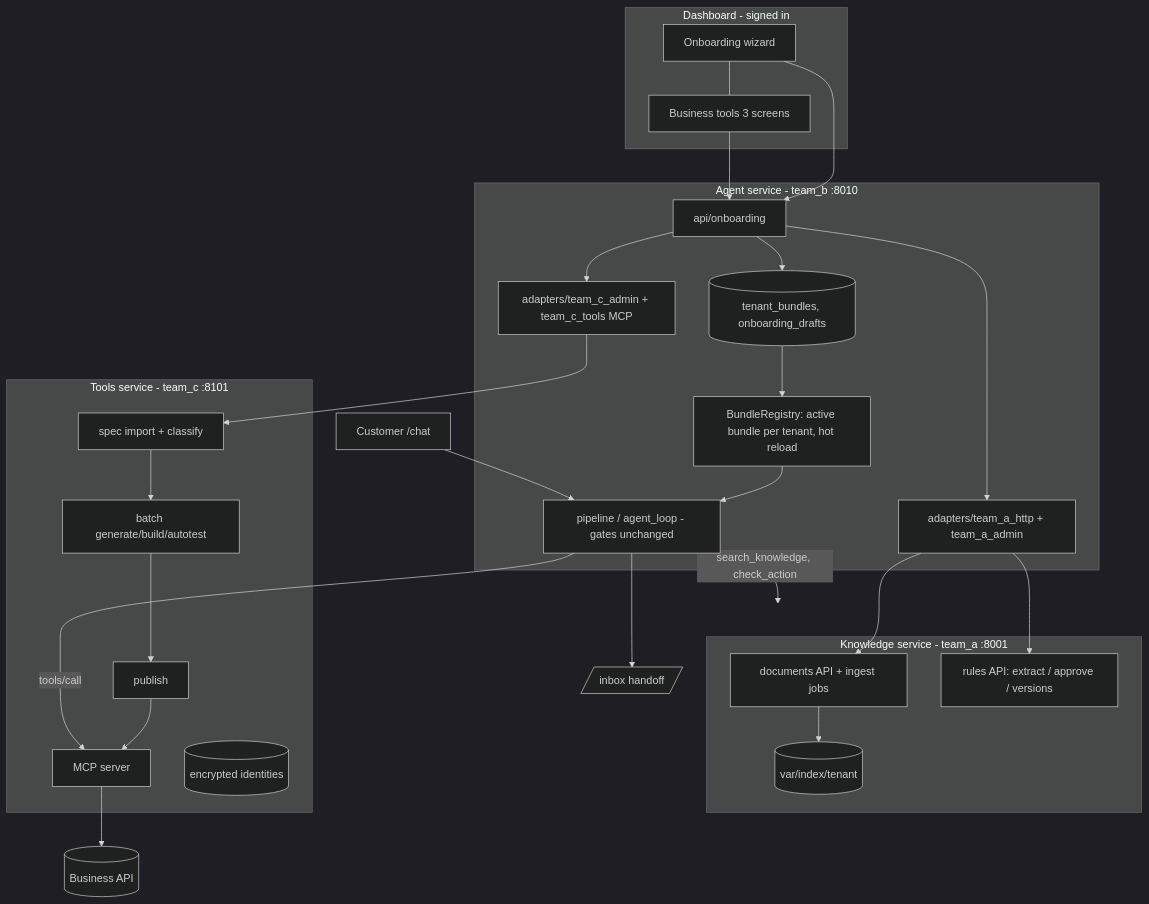
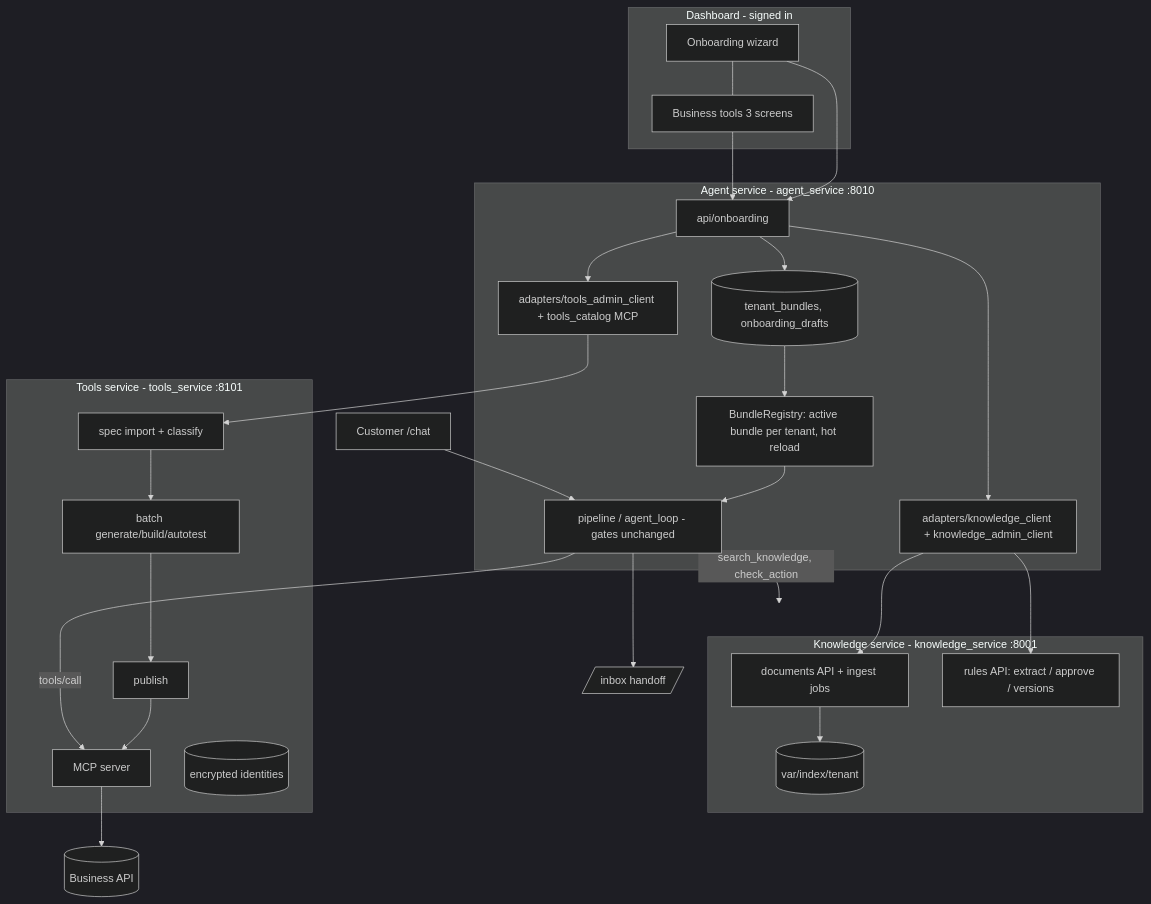
Before and after one commit to georgeemiL787/Ticket-Easy: the second of 3 diagrams in docs/plan/TICKET_EASY_MASTER_PLAN.md, drawn with Mermaid (dark theme). The commit also changed other lines of this file and 83 other files, not shown here.

````diff
--- a/docs/plan/TICKET_EASY_MASTER_PLAN.md
+++ b/docs/plan/TICKET_EASY_MASTER_PLAN.md
@@ -107,28 +107,28 @@
 ```mermaid
 flowchart TB
   subgraph Owner[Dashboard - signed in]
     W[Onboarding wizard] --- BT[Business tools 3 screens]
   end
-  subgraph B[Agent service - team_b :8010]
+  subgraph B[Agent service - agent_service :8010]
     OB[api/onboarding] --> BS[(tenant_bundles, onboarding_drafts)]
     BS --> REG[BundleRegistry: active bundle per tenant, hot reload]
     REG --> PIPE[pipeline / agent_loop - gates unchanged]
-    TA[adapters/team_a_http + team_a_admin]
-    TCA[adapters/team_c_admin + team_c_tools MCP]
+    TA[adapters/knowledge_client + knowledge_admin_client]
+    TCA[adapters/tools_admin_client + tools_catalog MCP]
   end
-  subgraph A[Knowledge service - team_a :8001]
+  subgraph A[Knowledge service - knowledge_service :8001]
     ING[documents API + ingest jobs] --> IDX[(var/index/tenant)]
     RUL[rules API: extract / approve / versions]
   end
-  subgraph C[Tools service - team_c :8101]
+  subgraph C[Tools service - tools_service :8101]
     IMP[spec import + classify] --> GEN[batch generate/build/autotest] --> PUB[publish] --> MCP[MCP server]
     SEC[(encrypted identities)]
   end
   W --> OB
   OB --> TA --> ING & RUL
   BT --> OB --> TCA --> IMP
   Cust[Customer /chat] --> PIPE
   PIPE -->|search_knowledge, check_action| A
   PIPE -->|tools/call| MCP --> API[(Business API)]
   PIPE --> Inbox[/inbox handoff/] 
 ```
````
